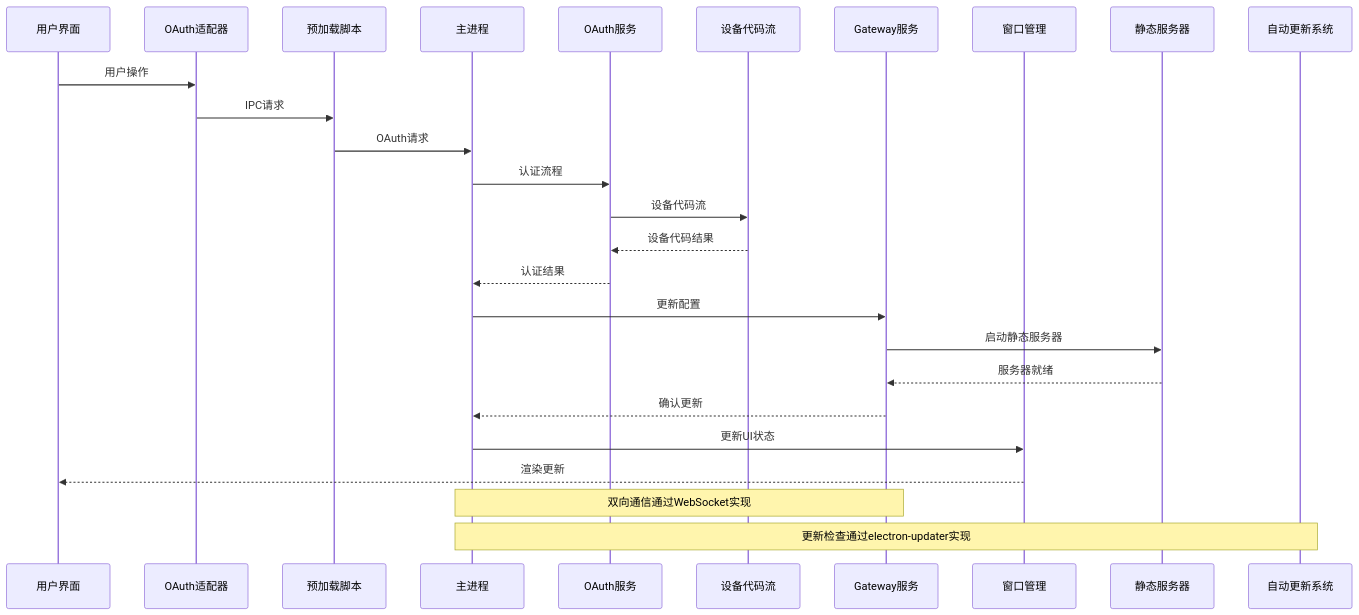
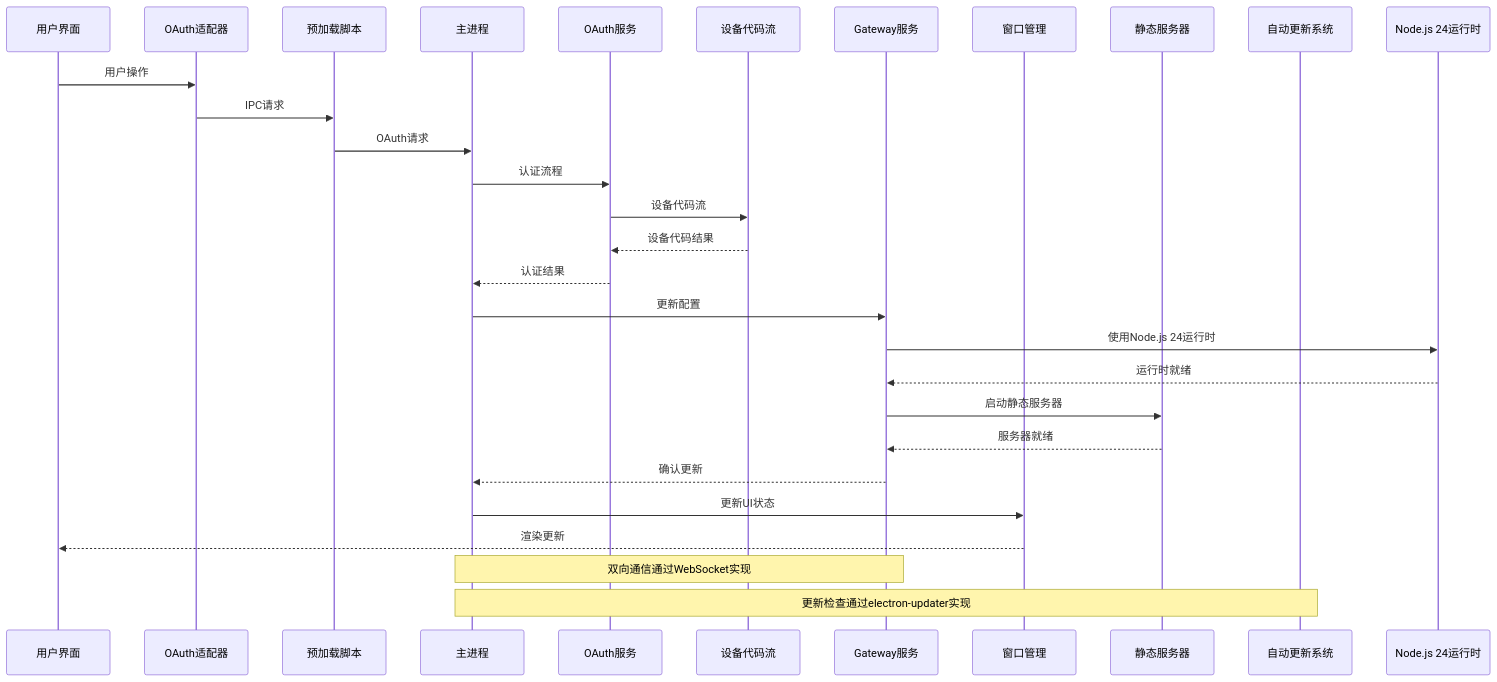
The third of 41 diagrams in .qoder/repowiki/zh/content/核心概念/Electron应用增强.md (verse-ai-org/openclaw), drawn with Mermaid before and after one commit. The commit also changed other lines of this file and 22 other files, not shown here.

````diff
--- a/.qoder/repowiki/zh/content/核心概念/Electron应用增强.md
+++ b/.qoder/repowiki/zh/content/核心概念/Electron应用增强.md
@@ -291,28 +355,31 @@
 ```mermaid
 sequenceDiagram
 participant UI as 用户界面
 participant Adapter as OAuth适配器
 participant Preload as 预加载脚本
 participant Main as 主进程
 participant OAuth as OAuth服务
 participant DeviceFlow as 设备代码流
 participant Gateway as Gateway服务
 participant Window as 窗口管理
 participant StaticServer as 静态服务器
 participant Updater as 自动更新系统
+participant NodeRuntime as Node.js 24运行时
 UI->>Adapter : 用户操作
 Adapter->>Preload : IPC请求
 Preload->>Main : OAuth请求
 Main->>OAuth : 认证流程
 OAuth->>DeviceFlow : 设备代码流
 DeviceFlow-->>OAuth : 设备代码结果
 OAuth-->>Main : 认证结果
 Main->>Gateway : 更新配置
+Gateway->>NodeRuntime : 使用Node.js 24运行时
+NodeRuntime-->>Gateway : 运行时就绪
 Gateway->>StaticServer : 启动静态服务器
 StaticServer-->>Gateway : 服务器就绪
 Gateway-->>Main : 确认更新
 Main->>Window : 更新UI状态
 Window-->>UI : 渲染更新
 Note over Main,Gateway : 双向通信通过WebSocket实现
 Note over Main,Updater : 更新检查通过electron-updater实现
 ```
````
